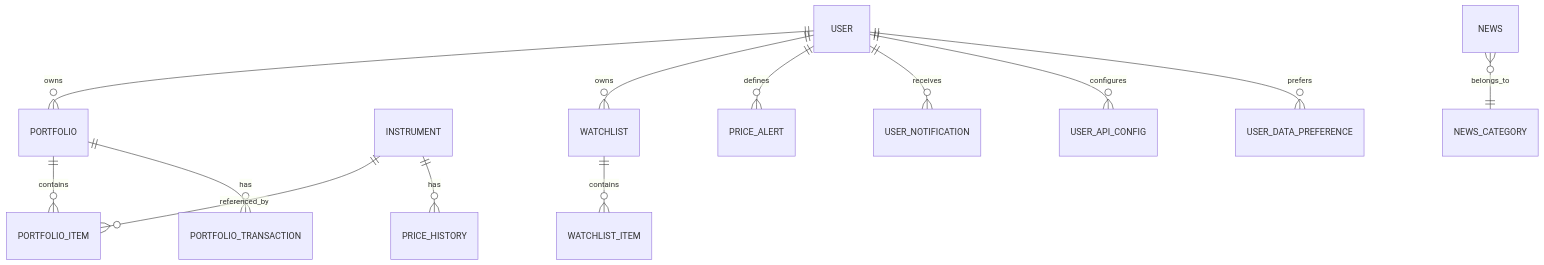
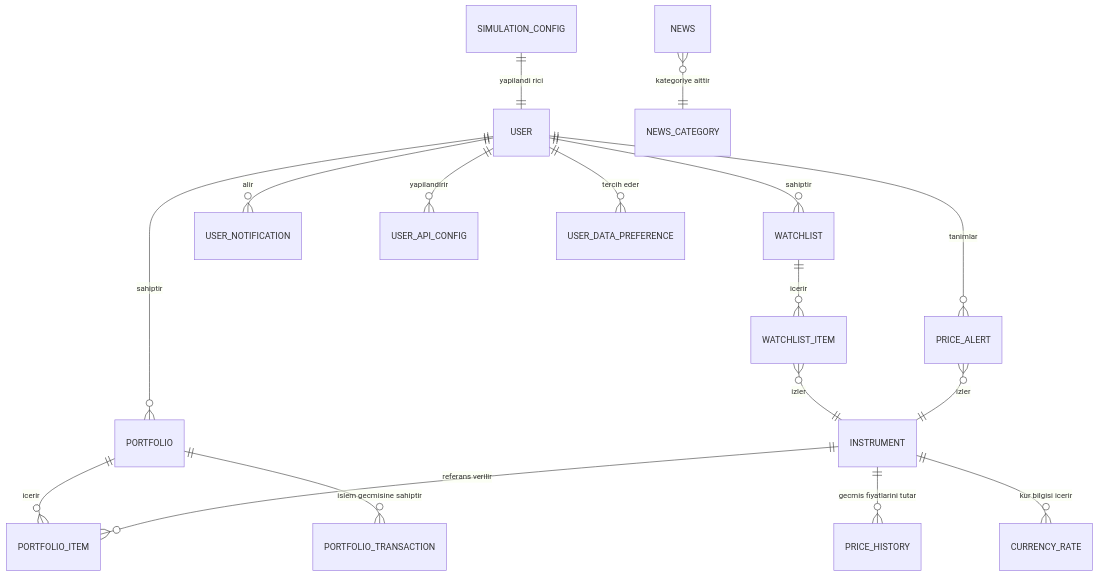
Before and after one commit to mtgsoftworks/Project_MintStack: the first of 6 diagrams in docs/TASARIM_MIMARISI_VE_MODELLEME.md, drawn with Mermaid. The commit also changed other lines of this file and 31 other files, not shown here.

````diff
--- a/docs/TASARIM_MIMARISI_VE_MODELLEME.md
+++ b/docs/TASARIM_MIMARISI_VE_MODELLEME.md
@@ -15,20 +26,25 @@
 ```mermaid
 erDiagram
-    USER ||--o{ PORTFOLIO : owns
-    PORTFOLIO ||--o{ PORTFOLIO_ITEM : contains
-    PORTFOLIO ||--o{ PORTFOLIO_TRANSACTION : has
+    USER ||--o{ PORTFOLIO : "sahiptir"
+    USER ||--o{ WATCHLIST : "sahiptir"
+    USER ||--o{ PRICE_ALERT : "tanimlar"
+    USER ||--o{ USER_NOTIFICATION : "alir"
+    USER ||--o{ USER_API_CONFIG : "yapilandirir"
+    USER ||--o{ USER_DATA_PREFERENCE : "tercih eder"
 
-    INSTRUMENT ||--o{ PORTFOLIO_ITEM : referenced_by
-    INSTRUMENT ||--o{ PRICE_HISTORY : has
+    PORTFOLIO ||--o{ PORTFOLIO_ITEM : "icerir"
+    PORTFOLIO ||--o{ PORTFOLIO_TRANSACTION : "islem gecmisine sahiptir"
 
-    USER ||--o{ WATCHLIST : owns
-    WATCHLIST ||--o{ WATCHLIST_ITEM : contains
+    INSTRUMENT ||--o{ PORTFOLIO_ITEM : "referans verilir"
+    INSTRUMENT ||--o{ PRICE_HISTORY : "gecmis fiyatlarini tutar"
+    INSTRUMENT ||--o{ CURRENCY_RATE : "kur bilgisi icerir"
 
-    USER ||--o{ PRICE_ALERT : defines
-    USER ||--o{ USER_NOTIFICATION : receives
+    WATCHLIST ||--o{ WATCHLIST_ITEM : "icerir"
+    WATCHLIST_ITEM }o--|| INSTRUMENT : "izler"
 
-    USER ||--o{ USER_API_CONFIG : configures
-    USER ||--o{ USER_DATA_PREFERENCE : prefers
+    NEWS }o--|| NEWS_CATEGORY : "kategoriye aittir"
 
-    NEWS }o--|| NEWS_CATEGORY : belongs_to
+    PRICE_ALERT }o--|| INSTRUMENT : "izler"
+
+    SIMULATION_CONFIG ||--|| USER : "yapilandi rici"
 ```
````
